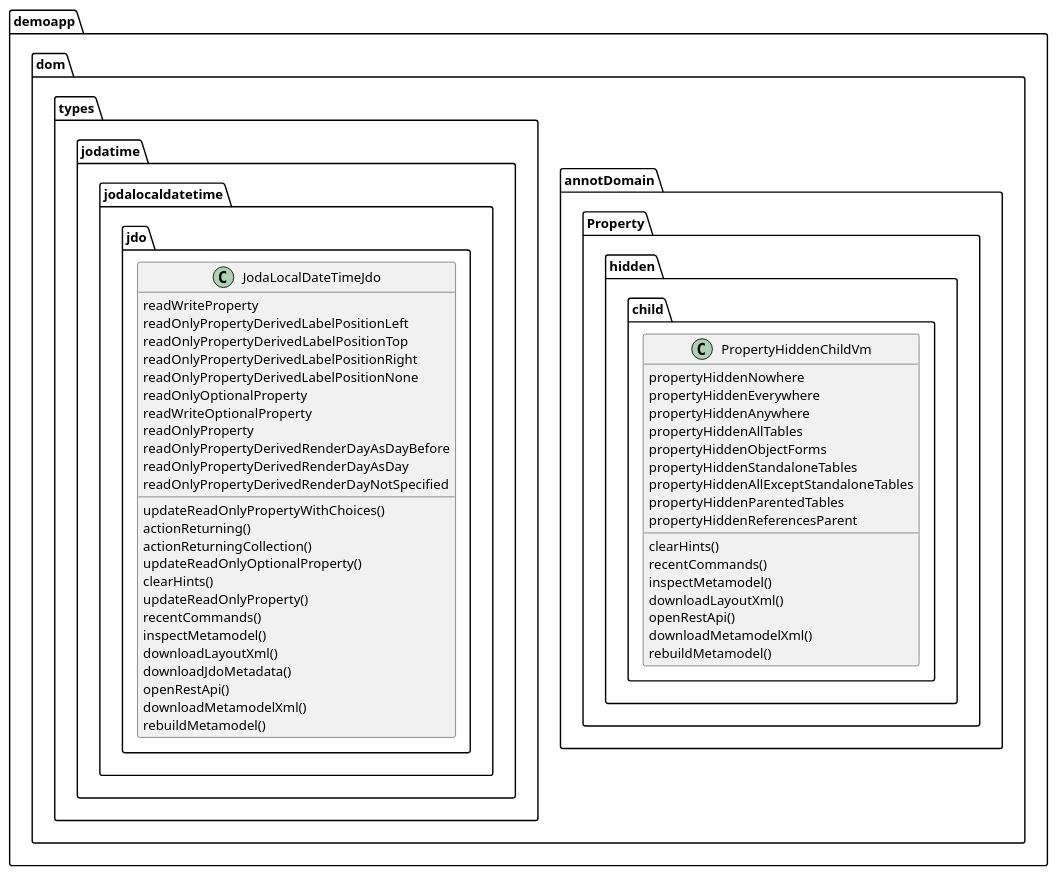
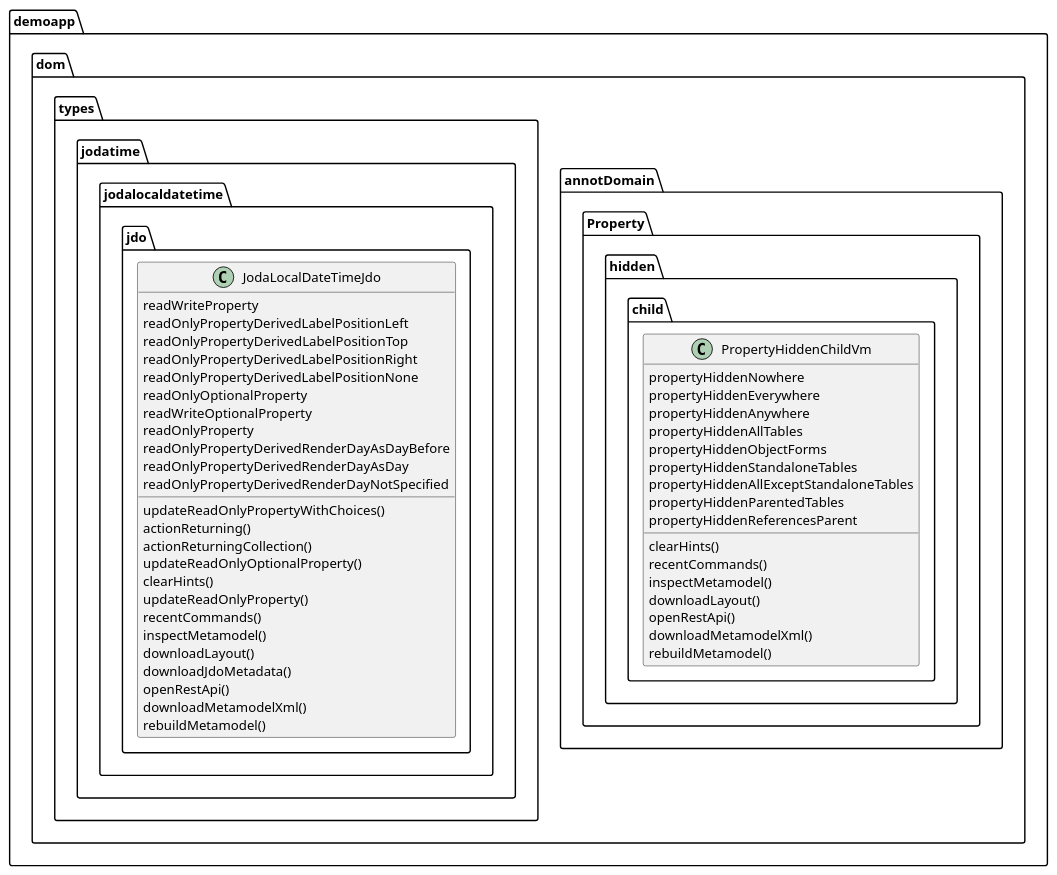
The diagram in incubator/clients/kroviz/adoc/modules/kroviz/partials/design/sample_plantuml.adoc (apache/causeway), drawn with PlantUML before and after one commit. The commit also changed 51 other files, not shown here.

```diff
--- a/incubator/clients/kroviz/adoc/modules/kroviz/partials/design/sample_plantuml.adoc
+++ b/incubator/clients/kroviz/adoc/modules/kroviz/partials/design/sample_plantuml.adoc
@@ -3,51 +3,51 @@
 [plantuml,file="sample_plantuml.png"]
 ----
 @startuml
 package demoapp.dom.annotDomain.Property.hidden.child {
 class PropertyHiddenChildVm
 PropertyHiddenChildVm : propertyHiddenNowhere
 PropertyHiddenChildVm : propertyHiddenEverywhere
 PropertyHiddenChildVm : propertyHiddenAnywhere
 PropertyHiddenChildVm : propertyHiddenAllTables
 PropertyHiddenChildVm : propertyHiddenObjectForms
 PropertyHiddenChildVm : propertyHiddenStandaloneTables
 PropertyHiddenChildVm : propertyHiddenAllExceptStandaloneTables
 PropertyHiddenChildVm : propertyHiddenParentedTables
 PropertyHiddenChildVm : propertyHiddenReferencesParent
 PropertyHiddenChildVm : clearHints()
 PropertyHiddenChildVm : recentCommands()
 PropertyHiddenChildVm : inspectMetamodel()
-PropertyHiddenChildVm : downloadLayoutXml()
+PropertyHiddenChildVm : downloadLayout()
 PropertyHiddenChildVm : openRestApi()
 PropertyHiddenChildVm : downloadMetamodelXml()
 PropertyHiddenChildVm : rebuildMetamodel()
 }
 package demoapp.dom.types.jodatime.jodalocaldatetime.jdo {
 class JodaLocalDateTimeJdo
 JodaLocalDateTimeJdo : readWriteProperty
 JodaLocalDateTimeJdo : readOnlyPropertyDerivedLabelPositionLeft
 JodaLocalDateTimeJdo : readOnlyPropertyDerivedLabelPositionTop
 JodaLocalDateTimeJdo : readOnlyPropertyDerivedLabelPositionRight
 JodaLocalDateTimeJdo : readOnlyPropertyDerivedLabelPositionNone
 JodaLocalDateTimeJdo : readOnlyOptionalProperty
 JodaLocalDateTimeJdo : readWriteOptionalProperty
 JodaLocalDateTimeJdo : readOnlyProperty
 JodaLocalDateTimeJdo : readOnlyPropertyDerivedRenderDayAsDayBefore
 JodaLocalDateTimeJdo : readOnlyPropertyDerivedRenderDayAsDay
 JodaLocalDateTimeJdo : readOnlyPropertyDerivedRenderDayNotSpecified
 JodaLocalDateTimeJdo : updateReadOnlyPropertyWithChoices()
 JodaLocalDateTimeJdo : actionReturning()
 JodaLocalDateTimeJdo : actionReturningCollection()
 JodaLocalDateTimeJdo : updateReadOnlyOptionalProperty()
 JodaLocalDateTimeJdo : clearHints()
 JodaLocalDateTimeJdo : updateReadOnlyProperty()
 JodaLocalDateTimeJdo : recentCommands()
 JodaLocalDateTimeJdo : inspectMetamodel()
-JodaLocalDateTimeJdo : downloadLayoutXml()
+JodaLocalDateTimeJdo : downloadLayout()
 JodaLocalDateTimeJdo : downloadJdoMetadata()
 JodaLocalDateTimeJdo : openRestApi()
 JodaLocalDateTimeJdo : downloadMetamodelXml()
 JodaLocalDateTimeJdo : rebuildMetamodel()
 }
 @enduml
 ----
```
